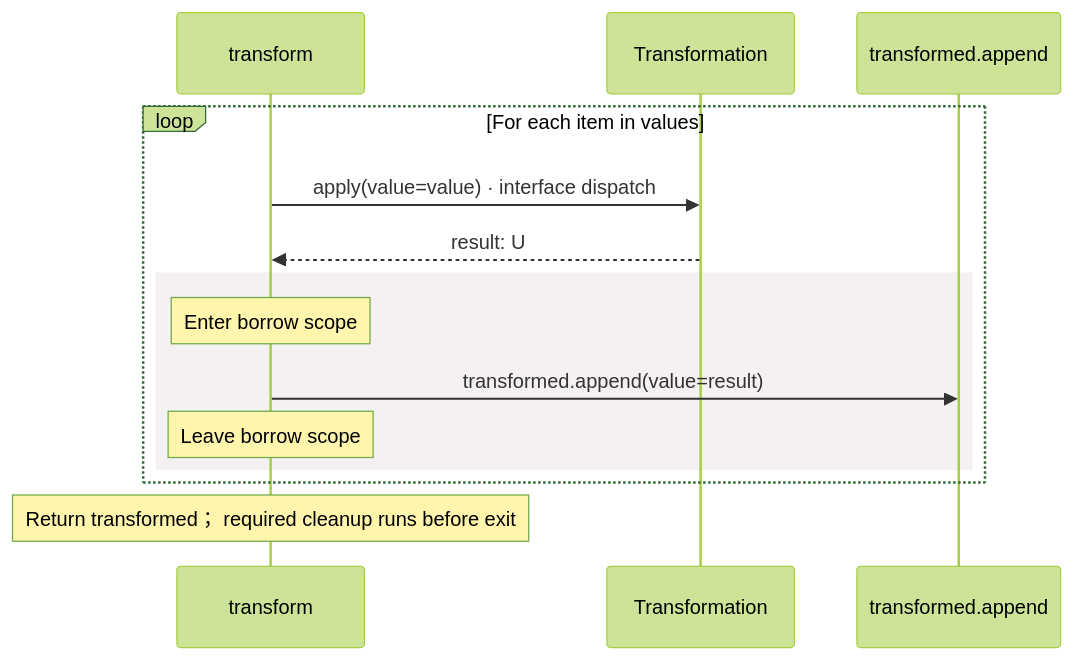
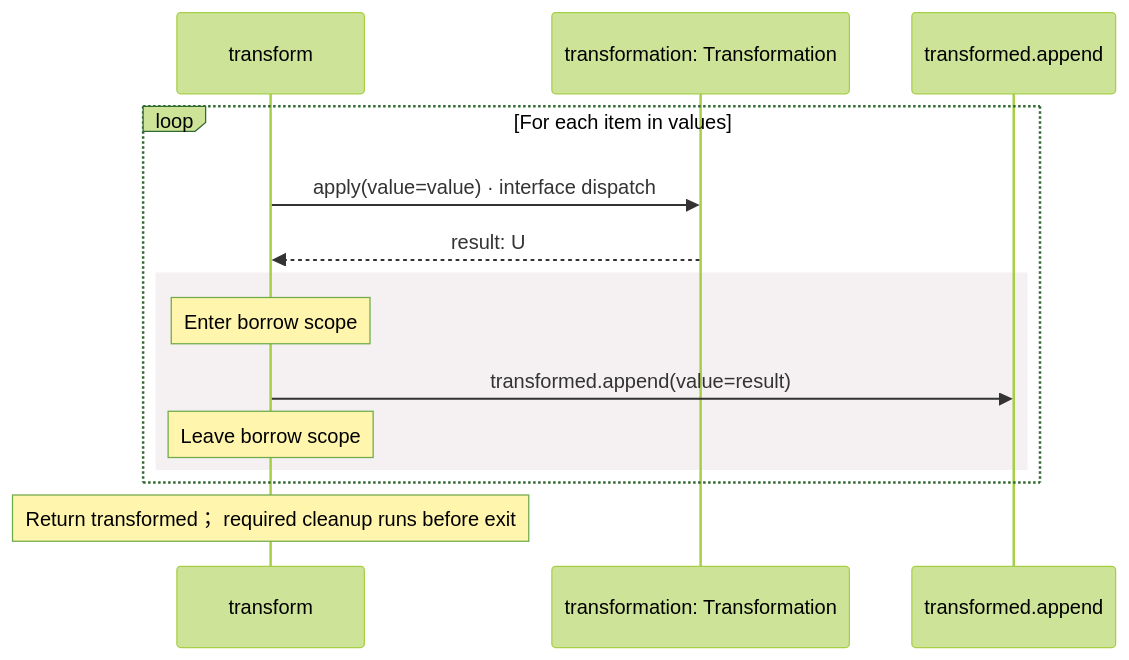
Before and after one commit to GreenPandaStudios/augscript: the fourth of 12 diagrams in src/stdlib/collections/operations.aug.diagrams.md, drawn with Mermaid (forest theme). The commit also changed other lines of this file and 102 other files, not shown here.

Commit message:
Keep named service receivers distinct in sequence data flow

````diff
--- a/src/stdlib/collections/operations.aug.diagrams.md
+++ b/src/stdlib/collections/operations.aug.diagrams.md
@@ -137,16 +137,16 @@
 ```mermaid
 sequenceDiagram
     participant p0 as transform
-    participant p1 as Transformation
+    participant p1 as transformation: Transformation
     participant p2 as transformed.append
     loop For each item in values
     p0->>p1: apply(value=value) · interface dispatch
     p1-->>p0: result: U
     rect rgb(245, 240, 241)
     Note over p0: Enter borrow scope
     p0->>p2: transformed.append(value=result)
     Note over p0: Leave borrow scope
     end
     end
     Note over p0: Return transformed； required cleanup runs before exit
 ```
````
